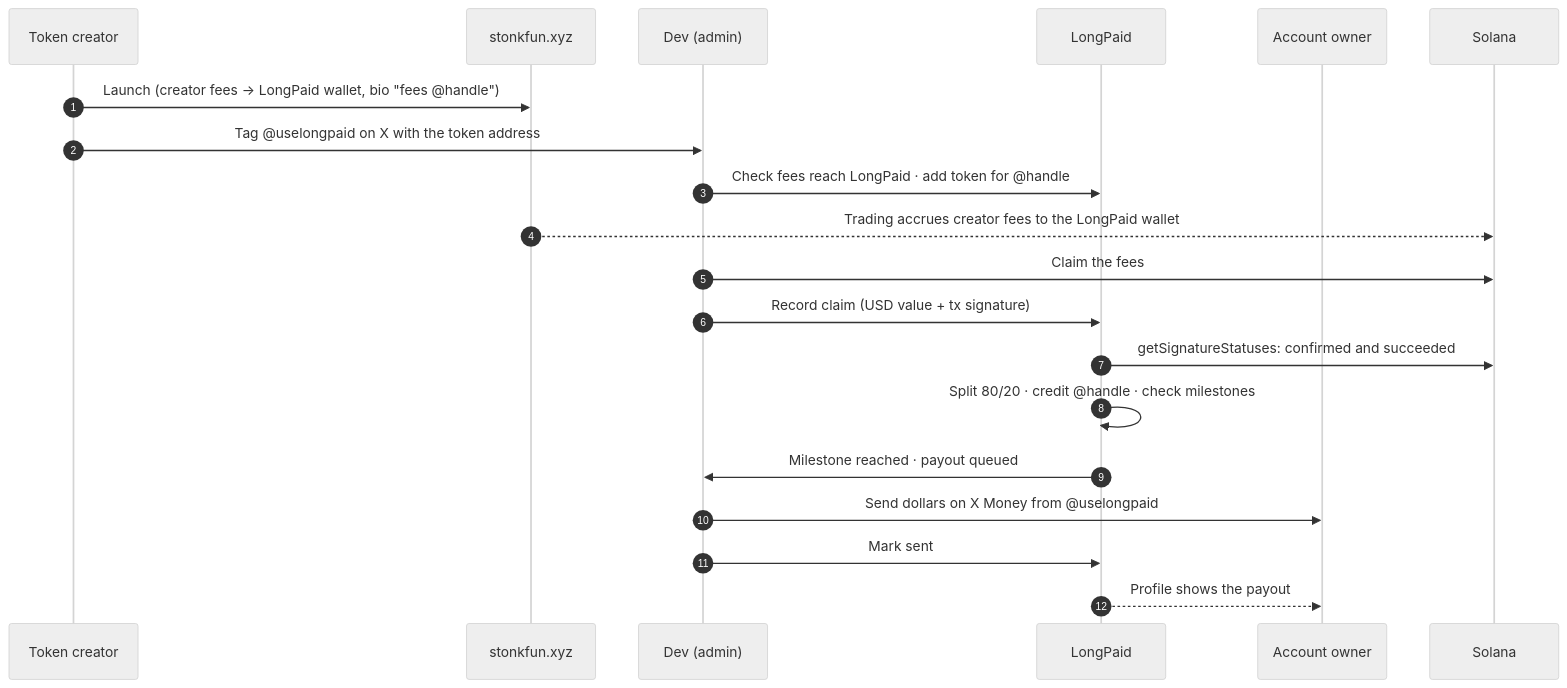
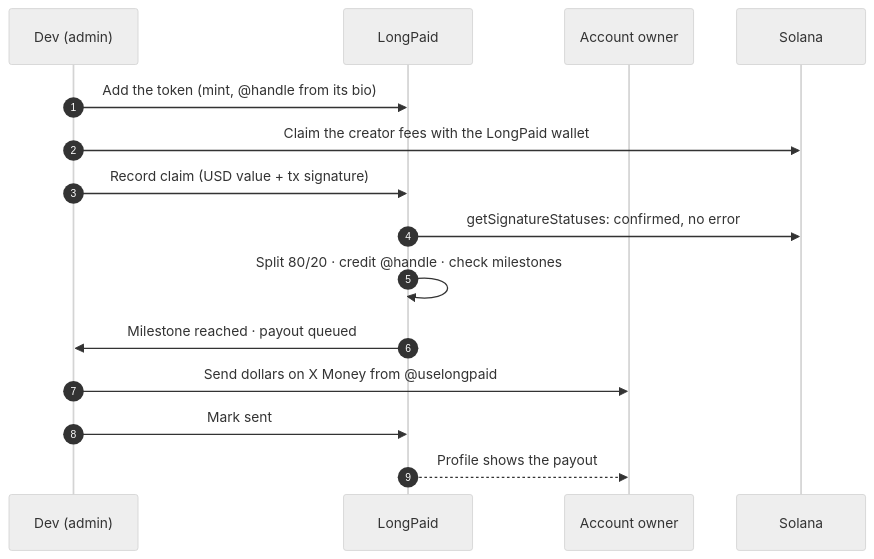
Before and after one commit to uselongpaid/uselongpaid: the second of 3 diagrams in README.md, drawn with Mermaid (neutral theme). The commit also changed other lines of this file and 1 other file, not shown here.

First line of the commit message:
Rewrite README and .env.example for stonkfun.xyz on Solana

````diff
--- a/README.md
+++ b/README.md
@@ -58,23 +119,18 @@
 ```mermaid
 sequenceDiagram
     autonumber
-    participant C as Token creator
-    participant L as stonkfun.xyz
     participant D as Dev (admin)
     participant F as LongPaid
     participant X as Account owner
     participant B as Solana
 
-    C->>L: Launch (creator fees → LongPaid wallet, bio "fees @handle")
-    C->>D: Tag @uselongpaid on X with the token address
-    D->>F: Check fees reach LongPaid · add token for @handle
-    L-->>B: Trading accrues creator fees to the LongPaid wallet
-    D->>B: Claim the fees
+    D->>F: Add the token (mint, @handle from its bio)
+    D->>B: Claim the creator fees with the LongPaid wallet
     D->>F: Record claim (USD value + tx signature)
-    F->>B: getSignatureStatuses: confirmed and succeeded
+    F->>B: getSignatureStatuses: confirmed, no error
     F->>F: Split 80/20 · credit @handle · check milestones
     F->>D: Milestone reached · payout queued
     D->>X: Send dollars on X Money from @uselongpaid
     D->>F: Mark sent
     F-->>X: Profile shows the payout
 ```
````
